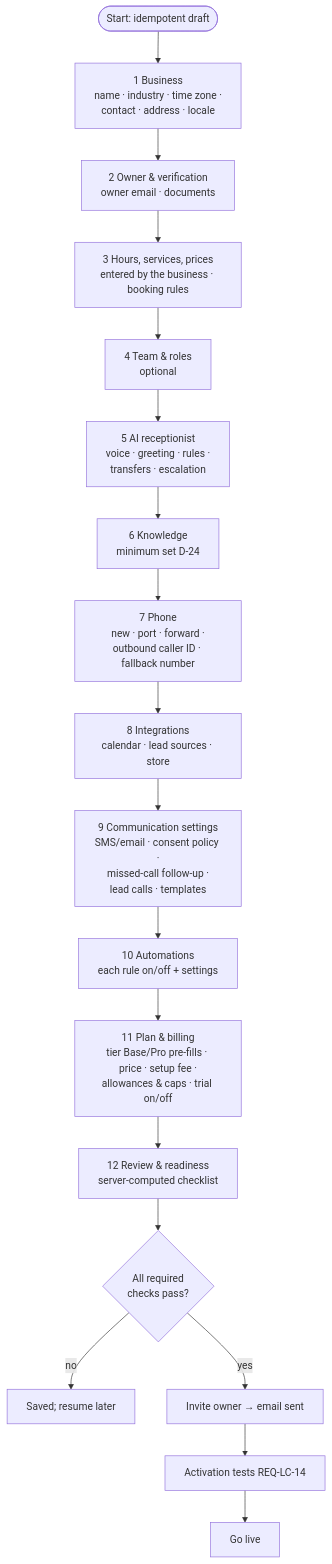
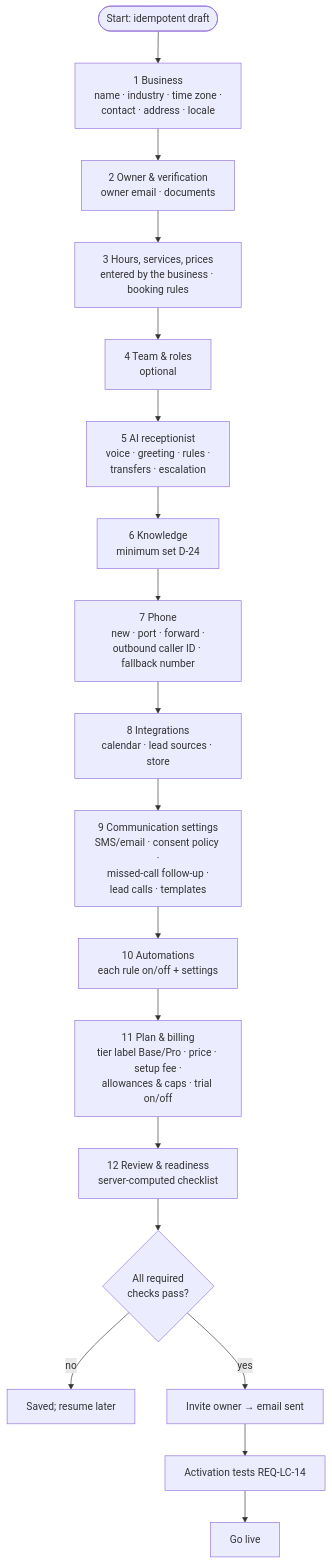
Diagram 20 of 24 in docs/ARCHITECTURE.md (singhdhruv525-source/Zella-AI), drawn with Mermaid before and after one commit. The commit also changed other lines of this file and 3 other files, not shown here.

First line of the commit message:
Docs: no preset plan values; Base and Pro are labels only

````diff
--- a/docs/ARCHITECTURE.md
+++ b/docs/ARCHITECTURE.md
@@ -1695,18 +1695,18 @@
 ```mermaid
 flowchart TD
   s([Start: idempotent draft]) --> b[1 Business<br/>name · industry · time zone ·<br/>contact · address · locale]
   b --> o[2 Owner & verification<br/>owner email · documents]
   o --> h[3 Hours, services, prices<br/>entered by the business · booking rules]
   h --> t[4 Team & roles<br/>optional]
   t --> r[5 AI receptionist<br/>voice · greeting · rules ·<br/>transfers · escalation]
   r --> k[6 Knowledge<br/>minimum set D-24]
   k --> p[7 Phone<br/>new · port · forward ·<br/>outbound caller ID · fallback number]
   p --> i[8 Integrations<br/>calendar · lead sources · store]
   i --> c[9 Communication settings<br/>SMS/email · consent policy ·<br/>missed-call follow-up ·<br/>lead calls · templates]
   c --> a[10 Automations<br/>each rule on/off + settings]
-  a --> pl[11 Plan & billing<br/>tier Base/Pro pre-fills · price · setup fee ·<br/>allowances & caps · trial on/off]
+  a --> pl[11 Plan & billing<br/>tier label Base/Pro · price · setup fee ·<br/>allowances & caps · trial on/off]
   pl --> rv[12 Review & readiness<br/>server-computed checklist]
   rv --> act{All required<br/>checks pass?}
   act -- no --> save[Saved; resume later]
   act -- yes --> inv[Invite owner → email sent] --> test[Activation tests REQ-LC-14] --> live[Go live]
 ```
````
